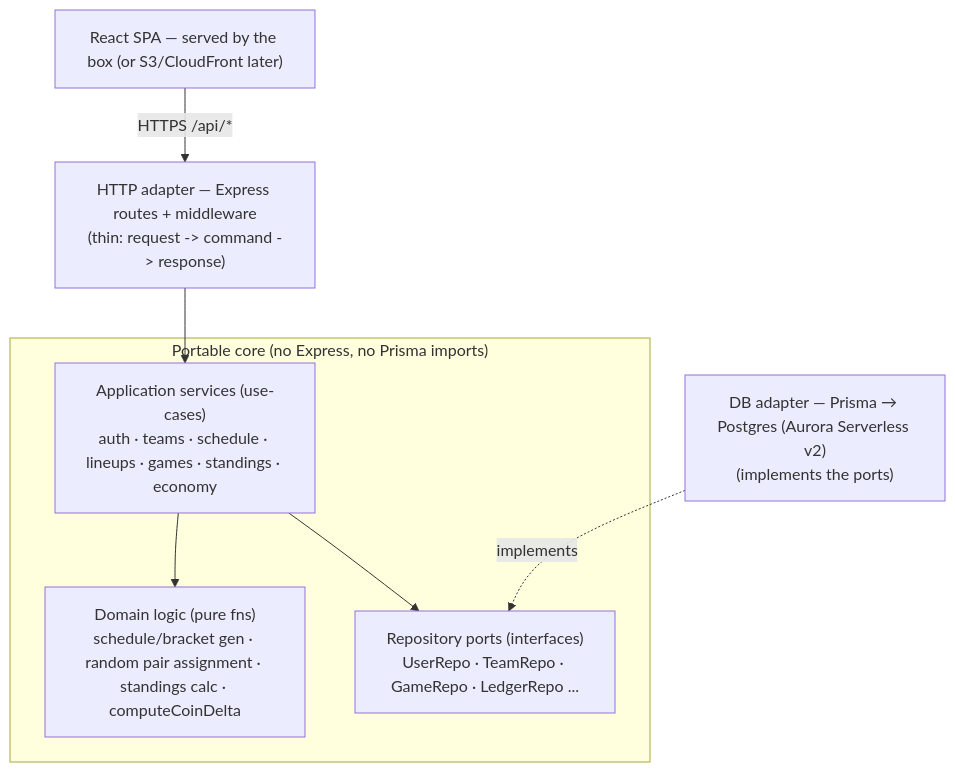
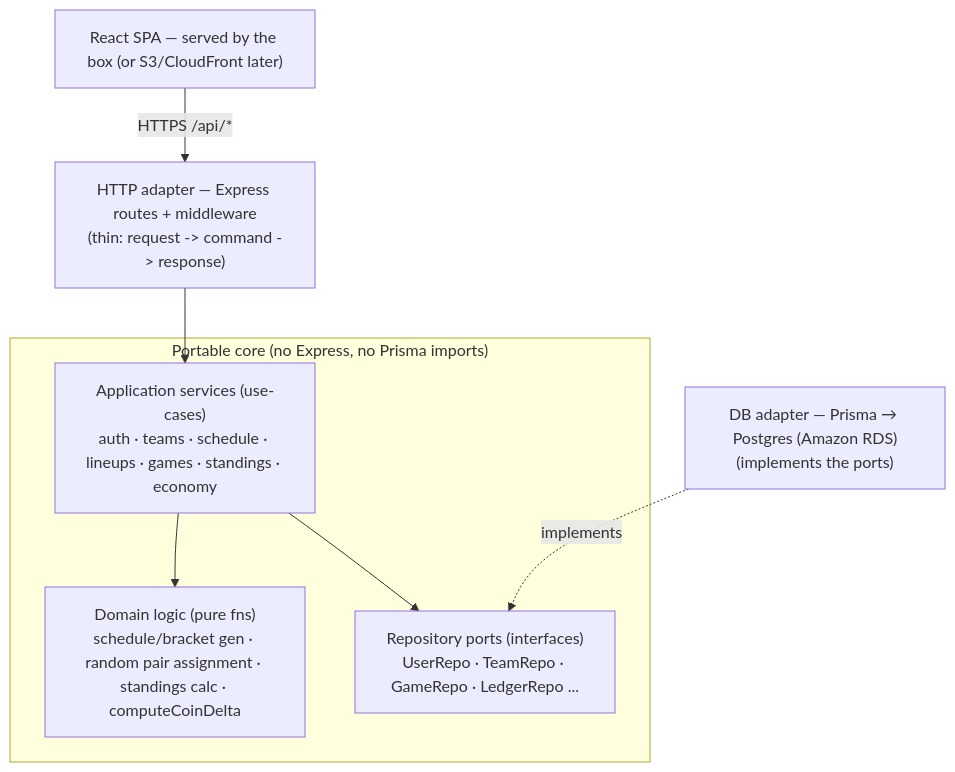
Before and after one commit to jhou98/TournamentApp: the second of 2 diagrams in artifacts/artifact.md, drawn with Mermaid. The commit also changed other lines of this file and 18 other files, not shown here.

````diff
--- a/artifacts/artifact.md
+++ b/artifacts/artifact.md
@@ -606,15 +607,15 @@
 ```mermaid
 flowchart TB
   FE["React SPA — served by the box (or S3/CloudFront later)"]
   subgraph CORE["Portable core (no Express, no Prisma imports)"]
     SVC["Application services (use-cases)\nauth · teams · schedule · lineups · games · standings · economy"]
     DOM["Domain logic (pure fns)\nschedule/bracket gen · random pair assignment · standings calc · computeCoinDelta"]
     PORT["Repository ports (interfaces)\nUserRepo · TeamRepo · GameRepo · LedgerRepo ..."]
   end
   HTTP["HTTP adapter — Express routes + middleware\n(thin: request -> command -> response)"]
-  DB["DB adapter — Prisma → Postgres (Aurora Serverless v2)\n(implements the ports)"]
+  DB["DB adapter — Prisma → Postgres (Amazon RDS)\n(implements the ports)"]
   FE -->|"HTTPS /api/*"| HTTP --> SVC
   SVC --> DOM
   SVC --> PORT
   DB -. implements .-> PORT
 ```
````
